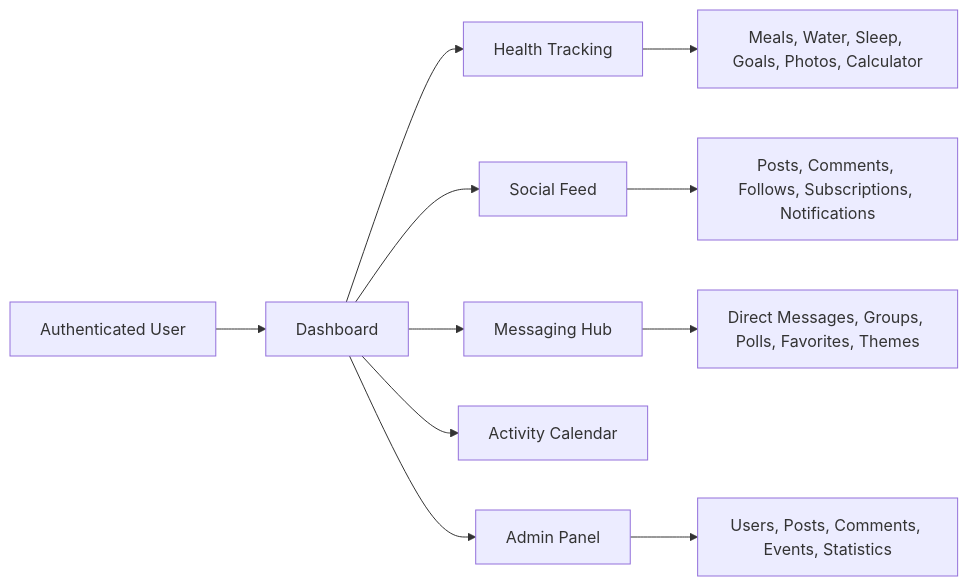
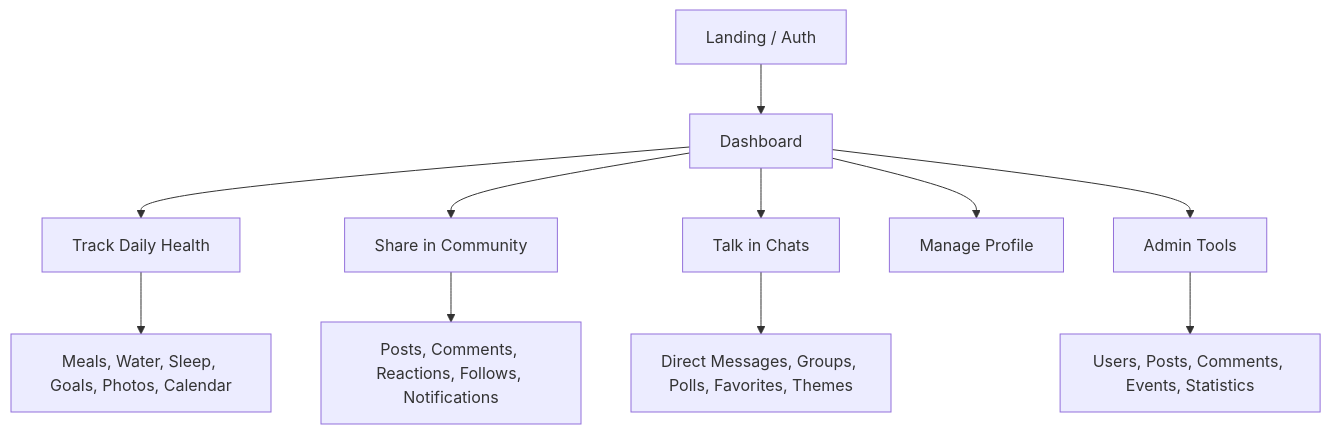
The diagram in README.md (Ichiro149/FitLife_new), drawn with Mermaid before and after one commit. The commit also changed other lines of this file and 12 other files, not shown here.

````diff
--- a/README.md
+++ b/README.md
@@ -57,14 +91,14 @@
 ```mermaid
-flowchart LR
-    U[Authenticated User] --> D[Dashboard]
-    D --> H[Health Tracking]
-    D --> S[Social Feed]
-    D --> M[Messaging Hub]
-    D --> C[Activity Calendar]
-    D --> A[Admin Panel]
+flowchart TD
+    A[Landing / Auth] --> B[Dashboard]
+    B --> C[Track Daily Health]
+    B --> D[Share in Community]
+    B --> E[Talk in Chats]
+    B --> F[Manage Profile]
+    B --> G[Admin Tools]
 
-    H --> H1[Meals, Water, Sleep, Goals, Photos, Calculator]
-    S --> S1[Posts, Comments, Follows, Subscriptions, Notifications]
-    M --> M1[Direct Messages, Groups, Polls, Favorites, Themes]
-    A --> A1[Users, Posts, Comments, Events, Statistics]
+    C --> C1[Meals, Water, Sleep, Goals, Photos, Calendar]
+    D --> D1[Posts, Comments, Reactions, Follows, Notifications]
+    E --> E1[Direct Messages, Groups, Polls, Favorites, Themes]
+    G --> G1[Users, Posts, Comments, Events, Statistics]
 ```
````
